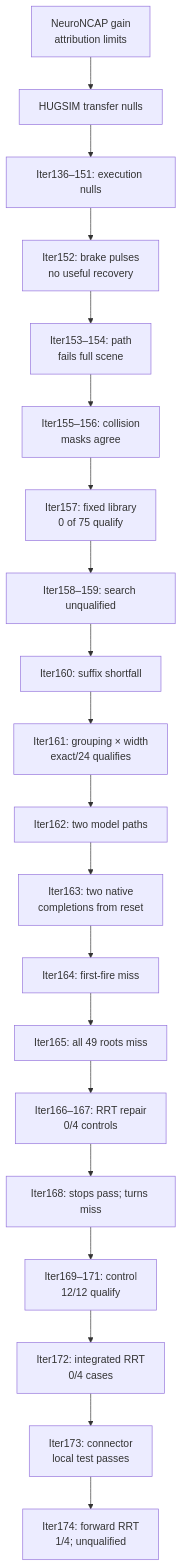
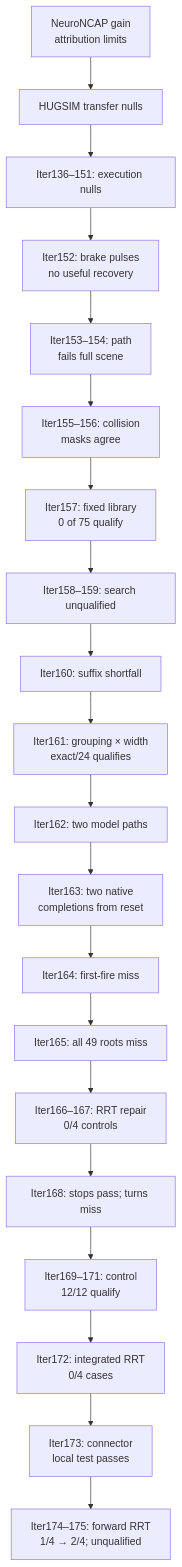
The second of 3 diagrams in README.md (manfromnowhere143/sentinel), drawn with Mermaid before and after one commit. The commit also changed other lines of this file and 21 other files, not shown here.

````diff
--- a/README.md
+++ b/README.md
@@ -228,24 +228,24 @@
 ```mermaid
 flowchart TB
   accTitle: How evidence changed the question
   accDescr: Local qualification is not first-fire recovery.
   N["NeuroNCAP gain<br/>attribution limits"] --> T["HUGSIM transfer nulls"]
   T --> E["Iter136–151: execution nulls"]
   E --> P["Iter152: brake pulses<br/>no useful recovery"]
   P --> M["Iter153–154: path<br/>fails full scene"]
   M --> W["Iter155–156: collision<br/>masks agree"]
   W --> L["Iter157: fixed library<br/>0 of 75 qualify"]
   L --> A["Iter158–159: search unqualified"]
   A --> K["Iter160: suffix shortfall"]
   K --> G["Iter161: grouping × width<br/>exact/24 qualifies"]
   G --> S["Iter162: two model paths"]
   S --> V["Iter163: two native<br/>completions from reset"]
   V --> B["Iter164: first-fire miss"]
   B --> D["Iter165: all 49 roots miss"]
   D --> R["Iter166–167: RRT repair<br/>0/4 controls"]
   R --> J["Iter168: stops pass; turns miss"]
   J --> H["Iter169–171: control<br/>12/12 qualify"]
   H --> I["Iter172: integrated RRT<br/>0/4 cases"]
   I --> O["Iter173: connector<br/>local test passes"]
-  O --> U["Iter174: forward RRT<br/>1/4; unqualified"]
+  O --> U["Iter174–175: forward RRT<br/>1/4 → 2/4; unqualified"]
 ```
````
